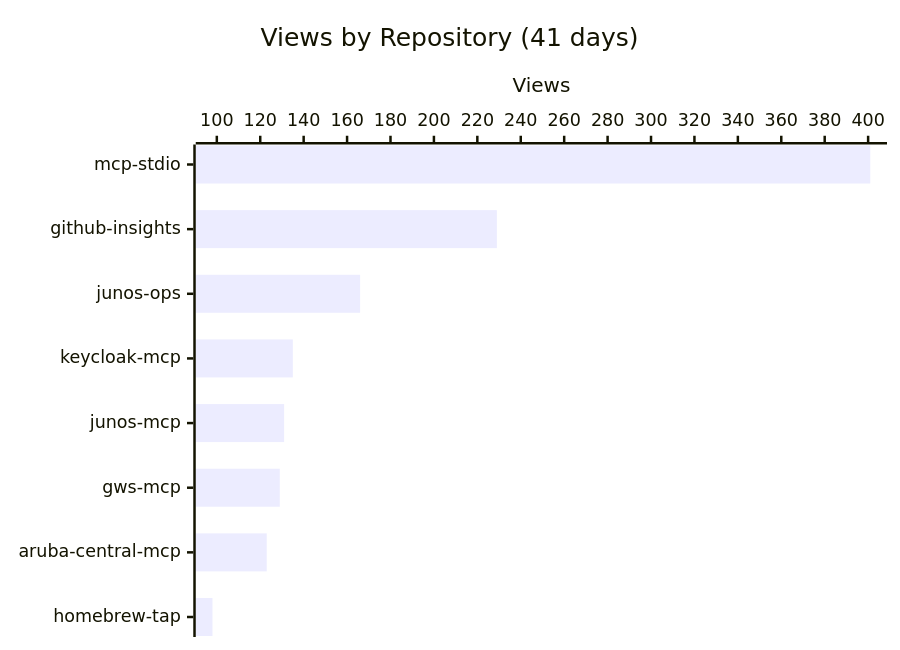
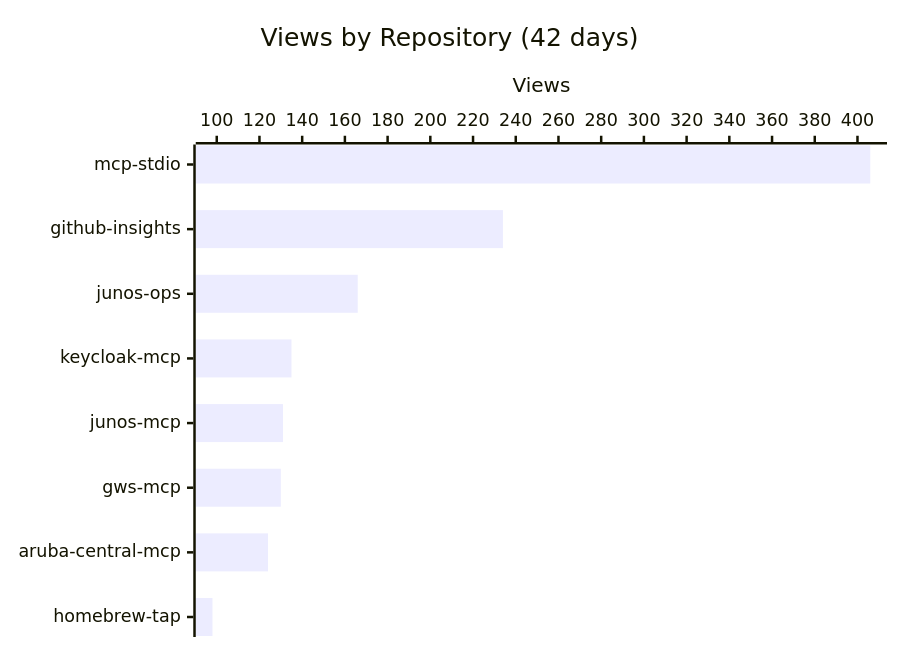
Before and after one commit to shigechika/github-insights: the first of 3 diagrams in README.md, drawn with Mermaid. The commit also changed other lines of this file and 2 other files, not shown here.

````diff
--- a/README.md
+++ b/README.md
@@ -16,7 +16,7 @@
 ```mermaid
 xychart-beta horizontal
-    title "Views by Repository (41 days)"
+    title "Views by Repository (42 days)"
     x-axis ["mcp-stdio", "github-insights", "junos-ops", "keycloak-mcp", "junos-mcp", "gws-mcp", "aruba-central-mcp", "homebrew-tap"]
     y-axis "Views"
-    bar [401, 229, 166, 135, 131, 129, 123, 98]
+    bar [406, 234, 166, 135, 131, 130, 124, 98]
 ```
````
